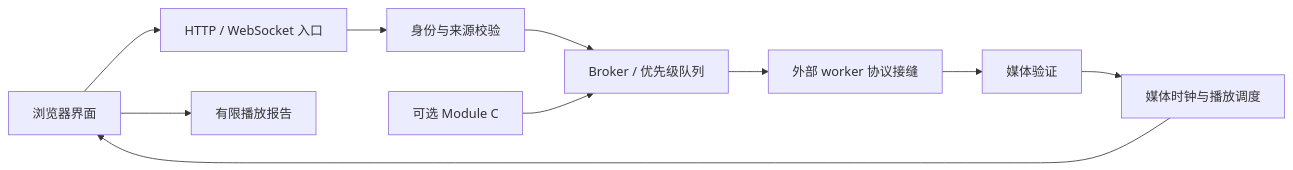
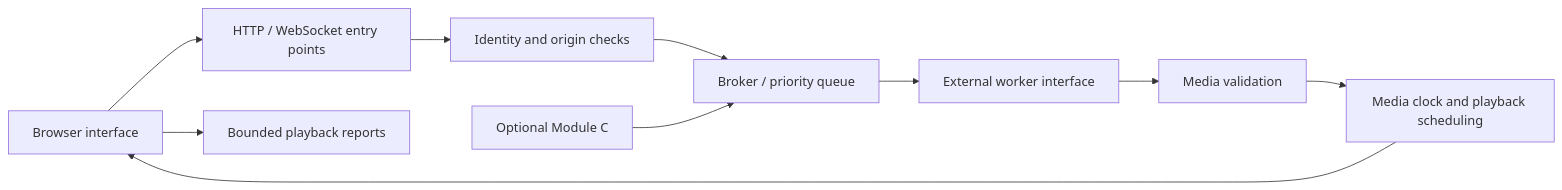
One commit to LUND84/sbf-core-framework changed the diagram in docs/architecture.md. Above: the diagram before and after it, drawn with Mermaid. The commit also changed other lines of this file and 26 other files, not shown here.

````diff
--- a/docs/architecture.md
+++ b/docs/architecture.md
@@ -7,12 +7,12 @@
 ```mermaid
 flowchart LR
-  Viewer[浏览器界面] --> Entry[HTTP / WebSocket 入口]
-  Entry --> Auth[身份与来源校验]
-  Auth --> Broker[Broker / 优先级队列]
-  Broker --> Worker[外部 worker 协议接缝]
-  Worker --> Validate[媒体验证]
-  Validate --> Playout[媒体时钟与播放调度]
+  Viewer[Browser interface] --> Entry[HTTP / WebSocket entry points]
+  Entry --> Auth[Identity and origin checks]
+  Auth --> Broker[Broker / priority queue]
+  Broker --> Worker[External worker interface]
+  Worker --> Validate[Media validation]
+  Validate --> Playout[Media clock and playback scheduling]
   Playout --> Viewer
-  Viewer --> Reports[有限播放报告]
-  ModuleC[可选 Module C] --> Broker
+  Viewer --> Reports[Bounded playback reports]
+  ModuleC[Optional Module C] --> Broker
 ```
````
